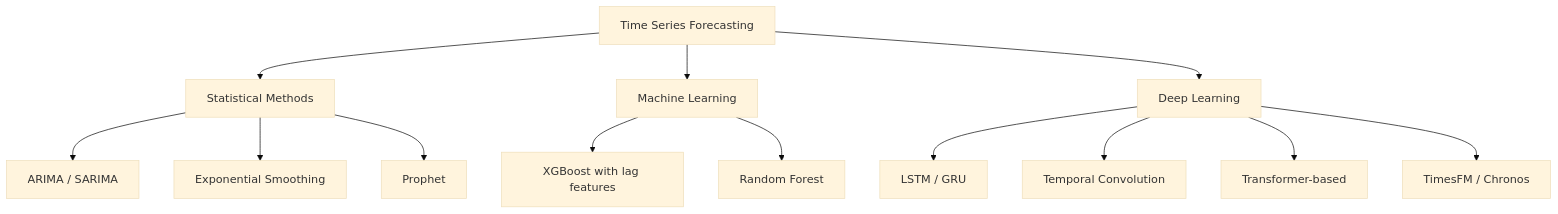
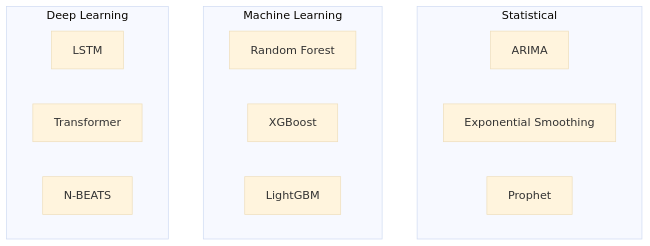
The third of 3 diagrams in src/ml/time-series/README.md (vanos001/placement_prep), drawn with Mermaid (base theme) before and after one commit. The commit also changed other lines of this file and 14 other files, not shown here.

````diff
--- a/src/ml/time-series/README.md
+++ b/src/ml/time-series/README.md
@@ -47,15 +77,20 @@
 ```mermaid
-graph TD
-    A[Time Series Forecasting] --> B[Statistical Methods]
-    A --> C[Machine Learning]
-    A --> D[Deep Learning]
-    B --> E[ARIMA / SARIMA]
-    B --> F[Exponential Smoothing]
-    B --> G[Prophet]
-    C --> H[XGBoost with lag features]
-    C --> I[Random Forest]
-    D --> J[LSTM / GRU]
-    D --> K[Temporal Convolution]
-    D --> L[Transformer-based]
-    D --> M[TimesFM / Chronos]
+graph TB
+    subgraph "Statistical"
+        A[ARIMA]
+        B[Exponential Smoothing]
+        C[Prophet]
+    end
+    
+    subgraph "Machine Learning"
+        D[Random Forest]
+        E[XGBoost]
+        F[LightGBM]
+    end
+    
+    subgraph "Deep Learning"
+        G[LSTM]
+        H[Transformer]
+        I[N-BEATS]
+    end
 ```
````
